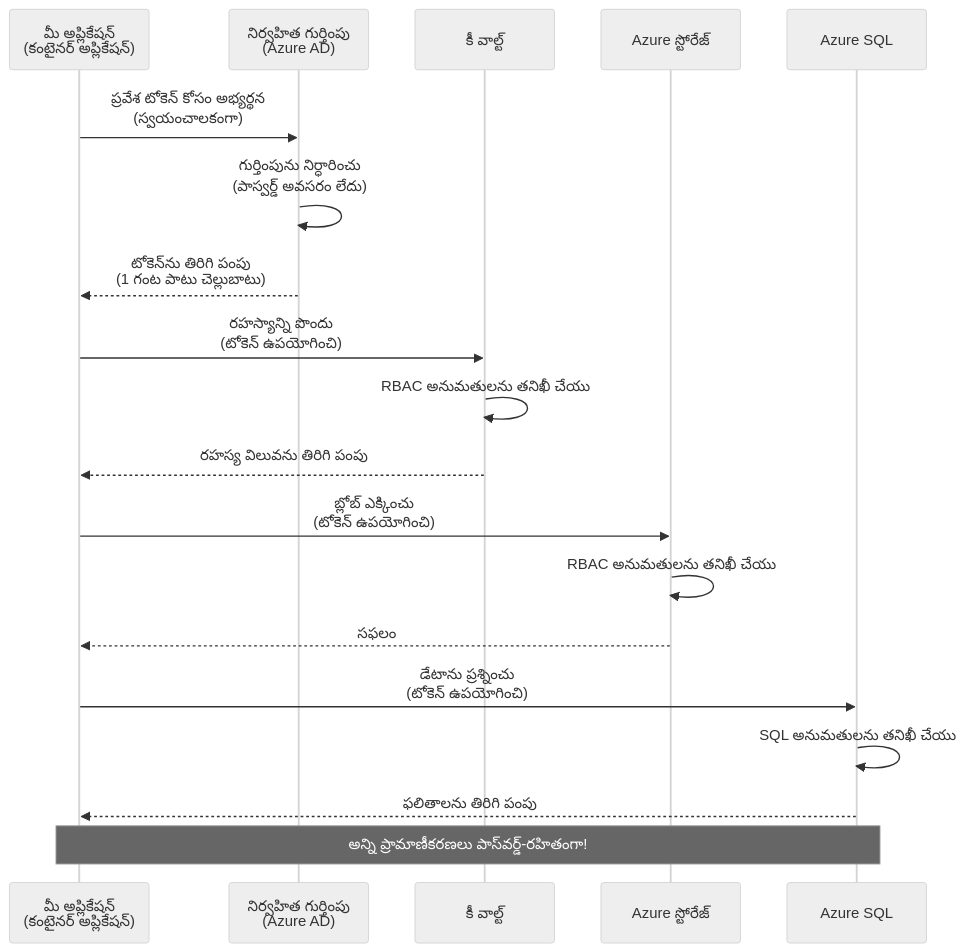
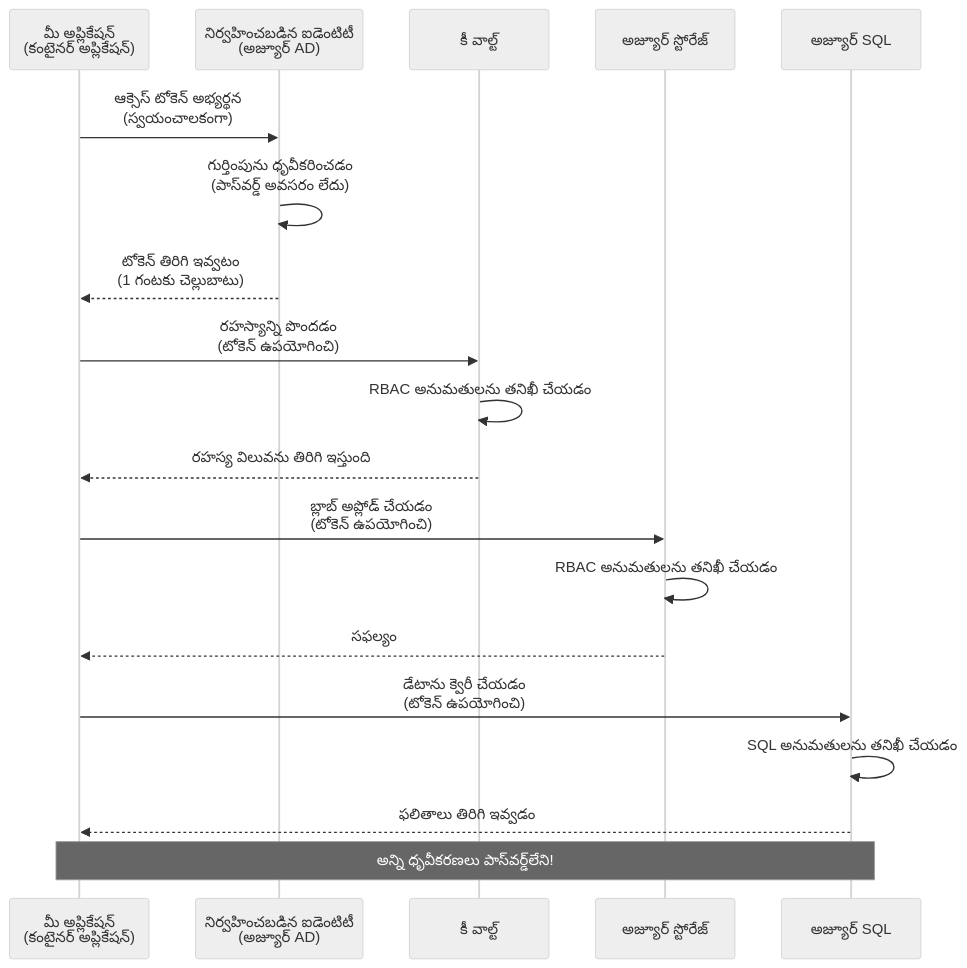
One commit to microsoft/AZD-for-beginners changed the first of 2 diagrams in translations/te/docs/chapter-03-configuration/authsecurity.md. Above: the diagram before and after it, drawn with Mermaid (neutral theme). The commit also changed other lines of this file and 102 other files, not shown here.

````diff
--- a/translations/te/docs/chapter-03-configuration/authsecurity.md
+++ b/translations/te/docs/chapter-03-configuration/authsecurity.md
@@ -69,26 +69,26 @@
 ```mermaid
 sequenceDiagram
     participant App as మీ అప్లికేషన్<br/>(కంటైనర్ అప్లికేషన్)
-    participant MI as నిర్వహిత గుర్తింపు<br/>(Azure AD)
+    participant MI as నిర్వహించబడిన ఐడెంటిటీ<br/>(అజ్యూర్ AD)
     participant KV as కీ వాల్ట్
-    participant Storage as Azure స్టోరేజ్
-    participant DB as Azure SQL
+    participant Storage as అజ్యూర్ స్టోరేజ్
+    participant DB as అజ్యూర్ SQL
     
-    App->>MI: ప్రవేశ టోకెన్ కోసం అభ్యర్థన<br/>(స్వయంచాలకంగా)
-    MI->>MI: గుర్తింపును నిర్ధారించు<br/>(పాస్వర్డ్ అవసరం లేదు)
-    MI-->>App: టోకెన్‌ను తిరిగి పంపు<br/>(1 గంట పాటు చెల్లుబాటు)
+    App->>MI: ఆక్సెస్ టోకెన్ అభ్యర్థన<br/>(స్వయంచాలకంగా)
+    MI->>MI: గుర్తింపును ధృవీకరించడం<br/>(పాస్‌వర్డ్ అవసరం లేదు)
+    MI-->>App: టోకెన్ తిరిగి ఇవ్వటం<br/>(1 గంటకు చెల్లుబాటు)
     
-    App->>KV: రహస్యాన్ని పొందు<br/>(టోకెన్ ఉపయోగించి)
-    KV->>KV: RBAC అనుమతులను తనిఖీ చేయు
-    KV-->>App: రహస్య విలువను తిరిగి పంపు
+    App->>KV: రహస్యాన్ని పొందడం<br/>(టోకెన్ ఉపయోగించి)
+    KV->>KV: RBAC అనుమతులను తనిఖీ చేయడం
+    KV-->>App: రహస్య విలువను తిరిగి ఇస్తుంది
     
-    App->>Storage: బ్లోబ్ ఎక్కించు<br/>(టోకెన్ ఉపయోగించి)
-    Storage->>Storage: RBAC అనుమతులను తనిఖీ చేయు
-    Storage-->>App: సఫలం
+    App->>Storage: బ్లాబ్ అప్లోడ్ చేయడం<br/>(టోకెన్ ఉపయోగించి)
+    Storage->>Storage: RBAC అనుమతులను తనిఖీ చేయడం
+    Storage-->>App: సఫల్యం
     
-    App->>DB: డేటాను ప్రశ్నించు<br/>(టోకెన్ ఉపయోగించి)
-    DB->>DB: SQL అనుమతులను తనిఖీ చేయు
-    DB-->>App: ఫలితాలను తిరిగి పంపు
+    App->>DB: డేటాను క్వెరీ చేయడం<br/>(టోకెన్ ఉపయోగించి)
+    DB->>DB: SQL అనుమతులను తనిఖీ చేయడం
+    DB-->>App: ఫలితాలు తిరిగి ఇవ్వడం
     
-    Note over App,DB: అన్ని ప్రామాణీకరణలు పాస్‌వర్డ్-రహితంగా!
+    Note over App,DB: అన్ని ధృవీకరణలు పాస్‌వర్డ్‌లేని!
 ```
````
